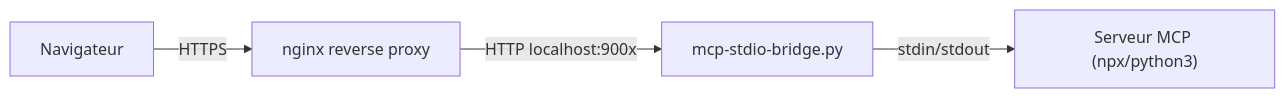
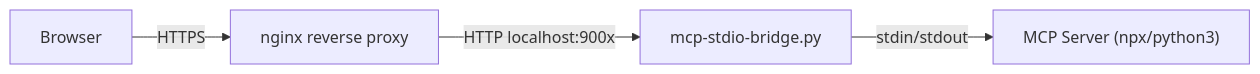
The first of 3 diagrams in docs/starlight/src/content/docs/tutorials/setup-mcp-proxies.mdx (jeanbaptiste/webmcp-auto-ui), drawn with Mermaid before and after one commit. The commit also changed other lines of this file and 94 other files, not shown here.

````diff
--- a/docs/starlight/src/content/docs/tutorials/setup-mcp-proxies.mdx
+++ b/docs/starlight/src/content/docs/tutorials/setup-mcp-proxies.mdx
@@ -24,6 +24,6 @@
 ```mermaid
 graph LR
-    Browser[Navigateur] -->|HTTPS| Nginx[nginx reverse proxy]
+    Browser[Browser] -->|HTTPS| Nginx[nginx reverse proxy]
     Nginx -->|HTTP localhost:900x| Bridge["mcp-stdio-bridge.py"]
-    Bridge -->|stdin/stdout| MCP["Serveur MCP (npx/python3)"]
+    Bridge -->|stdin/stdout| MCP["MCP Server (npx/python3)"]
 ```
````
